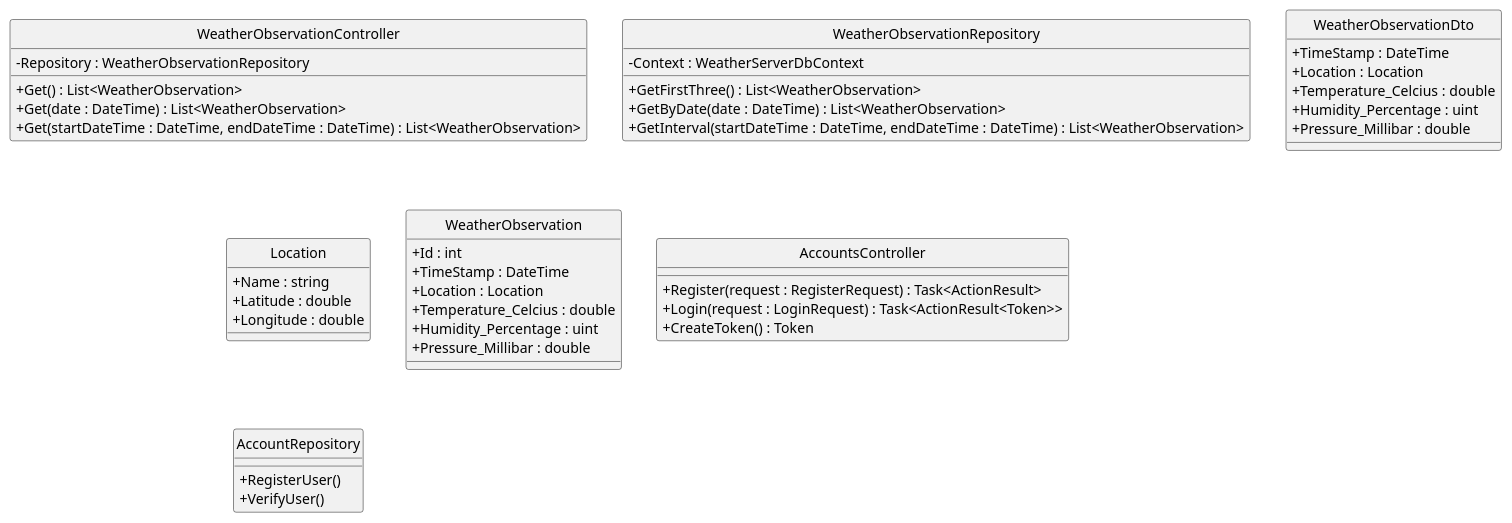
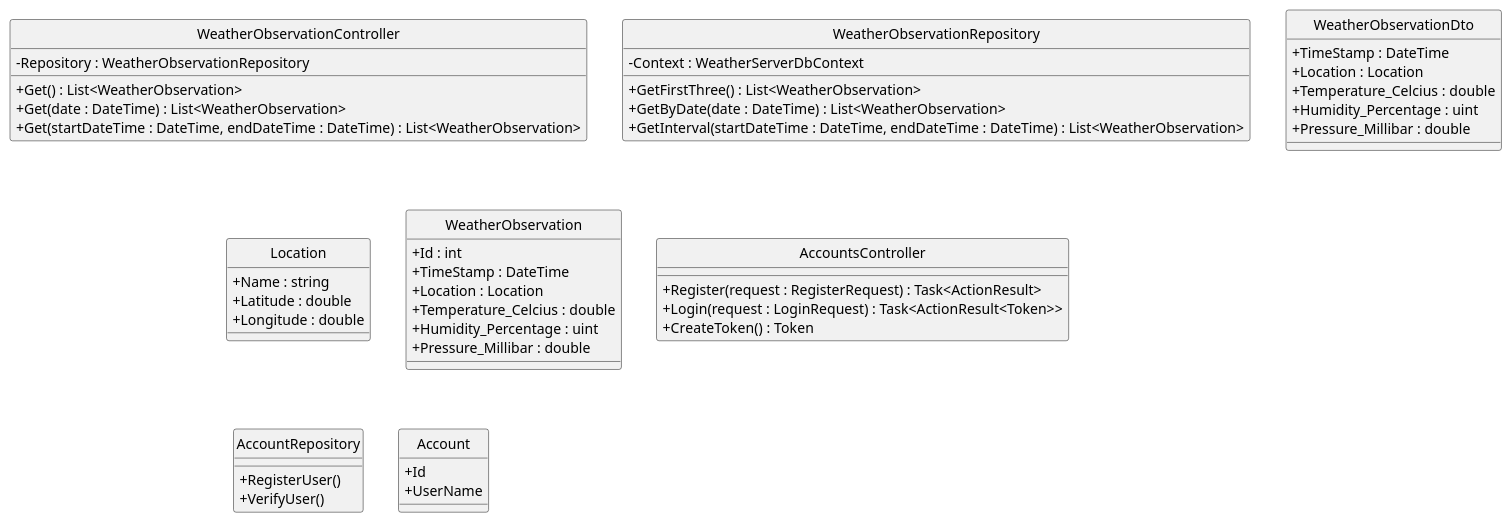
Before and after one commit to oskarvedel/Vejrstation: the diagram in Diagrams/WeatherServer.puml, drawn with PlantUML. The commit also changed 2 other files, not shown here.

```diff
--- a/Diagrams/WeatherServer.puml
+++ b/Diagrams/WeatherServer.puml
@@ -1,60 +1,65 @@
 @startuml
 skinparam classAttributeIconSize 0
 hide circle
 skinparam shadowing false
 
 
 
 class WeatherObservationController{
     - Repository : WeatherObservationRepository
     + Get() : List<WeatherObservation>
     + Get(date : DateTime) : List<WeatherObservation>
     + Get(startDateTime : DateTime, endDateTime : DateTime) : List<WeatherObservation>
 }
 
 class WeatherObservationRepository{
     -Context : WeatherServerDbContext
     + GetFirstThree() : List<WeatherObservation>
     + GetByDate(date : DateTime) : List<WeatherObservation>
     + GetInterval(startDateTime : DateTime, endDateTime : DateTime) : List<WeatherObservation>
 }
 
 
 class WeatherObservationDto{
     + TimeStamp : DateTime
     + Location : Location
     + Temperature_Celcius : double
     + Humidity_Percentage : uint
     + Pressure_Millibar : double
 }
 
 class Location {
     +Name : string
     +Latitude : double
     +Longitude : double
 }
 
 class WeatherObservation{
     + Id : int
     + TimeStamp : DateTime
     + Location : Location
     + Temperature_Celcius : double
     + Humidity_Percentage : uint
     + Pressure_Millibar : double
 }
 
 class AccountsController{
     + Register(request : RegisterRequest) : Task<ActionResult>
     + Login(request : LoginRequest) : Task<ActionResult<Token>>
     + CreateToken() : Token
 }
 
 
 class AccountRepository{
     + RegisterUser()
     + VerifyUser()
 }
 
+class Account{
+    + Id
+    + UserName
+}
+
 
 
 @enduml
```
